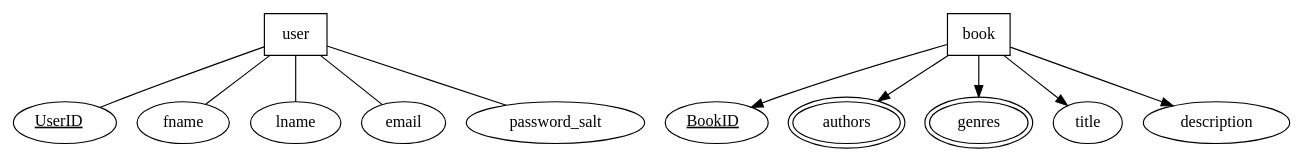
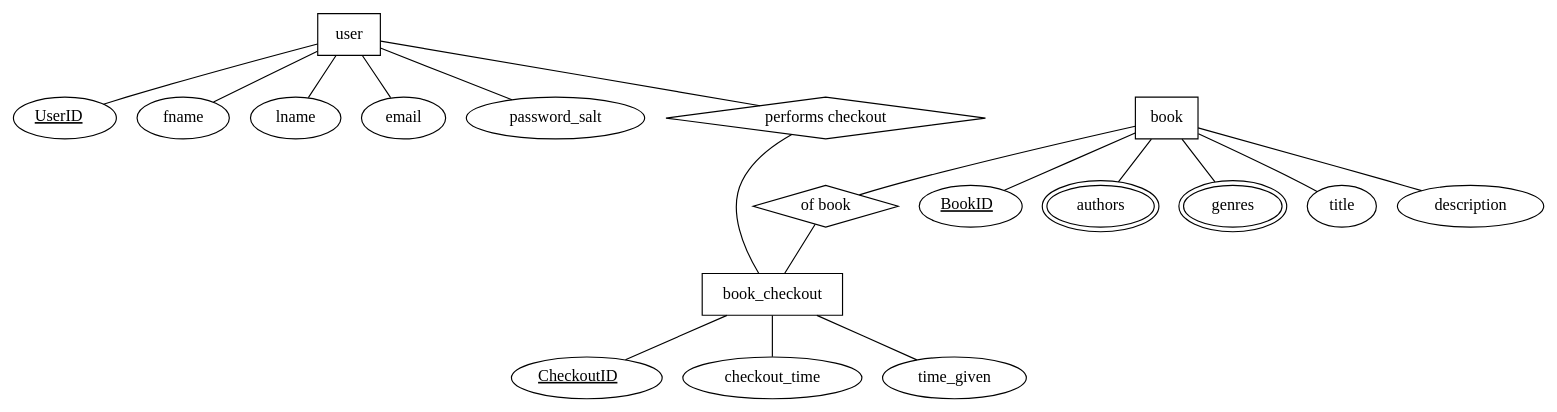
Before and after one commit to h0se69/Library-Web-Management-App: the diagram in ER_diagram.gv, drawn with Graphviz.

```diff
--- a/ER_diagram.gv
+++ b/ER_diagram.gv
@@ -1,24 +1,42 @@
-
 
 // USE TO VIEW
 // http://magjac.com/graphviz-visual-editor/
 
 digraph Lib{
     dir=none
     
-    user [shape = box]
-    UserID [label = <<u>UserID</u>>]
-
-    user -> {fname;lname;email;password_salt;UserID} [dir = none]
+    
+    subgraph user{
+        user [shape = box]
+        UserID [label = <<u>UserID</u>>]
+        user -> {fname;lname;email;password_salt;UserID} [dir = none]
+    }
     
     
+    subgraph book{
+        book [shape = box]
+        BookID [label = <<u>BookID</u>>]
+        authors [peripheries=2]
+        genres [peripheries=2]
+        book -> {BookID;authors;title;genres;description} [dir = none]
+    }
     
-    
-    book [shape = box]
-    BookID [label = <<u>BookID</u>>]
-    authors [peripheries=2]
-    genres [peripheries=2]
-    
-    book -> {BookID;authors;title;genres;description}
+    subgraph checkout{
+        book_checkout [shape = box]
+        performs_checkout [label= "performs checkout", shape=diamond]
+        of_book [label= "of book", shape=diamond]
+        
+        user->performs_checkout [dir=none]
+        performs_checkout -> book_checkout [dir=none] // If needed change to dir = back
+        
+        performs_checkout -> of_book [color=invis, weight = 10] // to make it look nicer, can be removed
+        
+        book -> of_book [dir=none]
+        of_book->book_checkout [dir =none]
+        
+        CheckoutID [label = <<u>CheckoutID</u>>]
+        
+        book_checkout-> {CheckoutID;checkout_time;time_given}[dir=none]
+    }
     
 }
```
